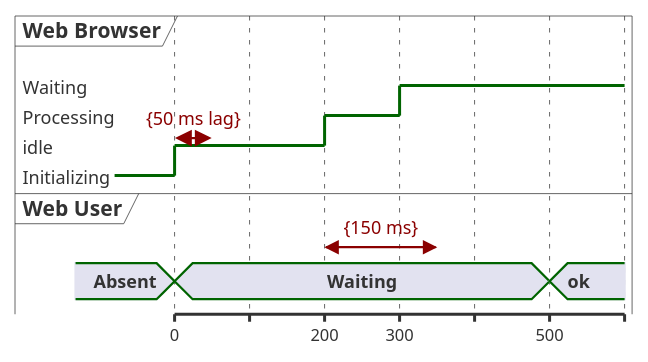
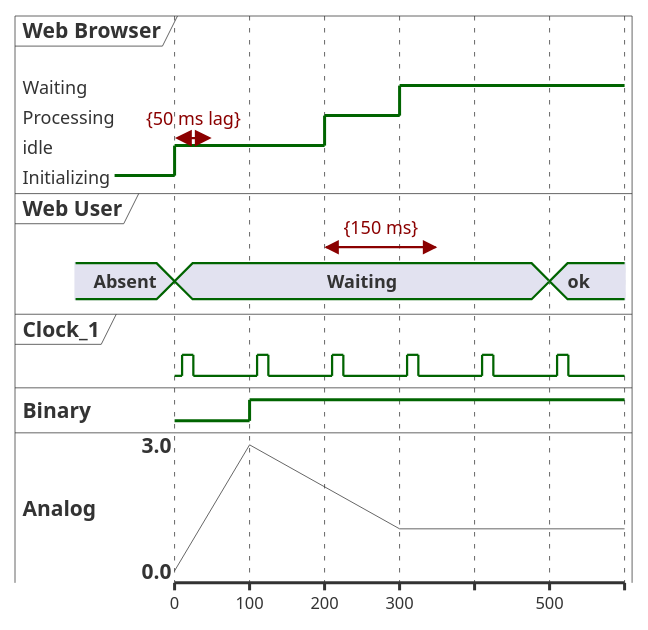
Before and after one commit to The-Lum/puml-themes-gallery: the diagram in input/Timing.puml, drawn with PlantUML.

```diff
--- a/input/Timing.puml
+++ b/input/Timing.puml
@@ -1,18 +1,30 @@
 @startuml
-robust "Web Browser" as WB
-concise "Web User" as WU
+robust  "Web Browser" as WB
+concise "Web User"    as WU
+clock   "Clock_1"     as C1 with period 100 pulse 15 offset 10
+binary  "Binary"      as B
+analog  "Analog"      as A
 
 WB is Initializing
 WU is Absent
 
 @WB
 0 is idle
 +200 is Processing
 +100 is Waiting
 WB@0 <-> @50 : {50 ms lag}
 
 @WU
 0 is Waiting
 +500 is ok
 @200 <-> @+150 : {150 ms}
+
+@B
+100 is high
+
+@A
+0 is 0
+100 is 3
+300 is 1
+
 @enduml
```
